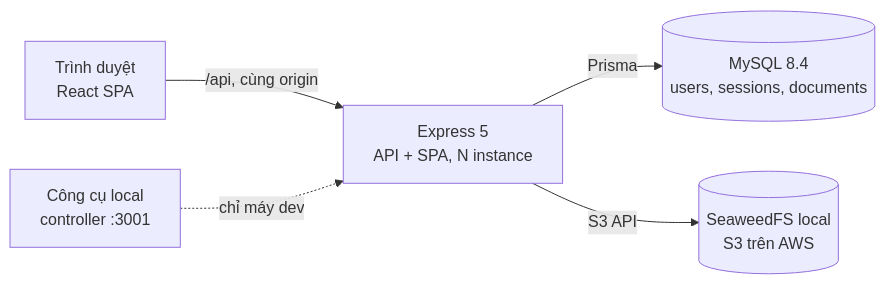
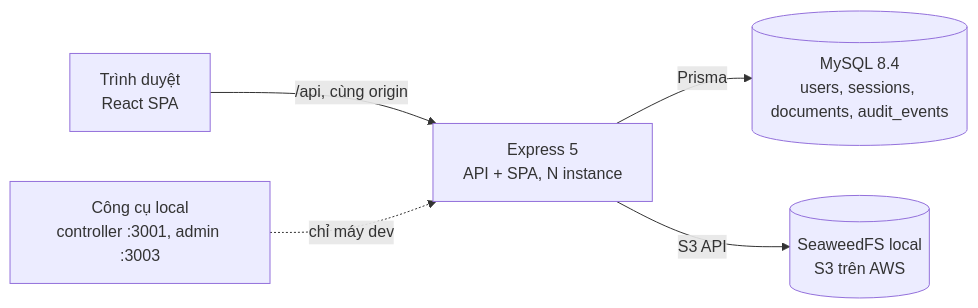
One commit to august0362/btl_cloud changed the diagram in docs/PROJECT_OVERVIEW.md. Above: the diagram before and after it, drawn with Mermaid. The commit also changed other lines of this file and 9 other files, not shown here.

````diff
--- a/docs/PROJECT_OVERVIEW.md
+++ b/docs/PROJECT_OVERVIEW.md
@@ -21,7 +15,7 @@
 ```mermaid
 flowchart LR
   b["Trình duyệt<br/>React SPA"] -->|"/api, cùng origin"| e["Express 5<br/>API + SPA, N instance"]
-  e -->|"Prisma"| m[("MySQL 8.4<br/>users, sessions, documents")]
+  e -->|"Prisma"| m[("MySQL 8.4<br/>users, sessions, documents, audit_events")]
   e -->|"S3 API"| s[("SeaweedFS local<br/>S3 trên AWS")]
-  dev["Công cụ local<br/>controller :3001"] -.->|"chỉ máy dev"| e
+  dev["Công cụ local<br/>controller :3001, admin :3003"] -.->|"chỉ máy dev"| e
 ```
````
